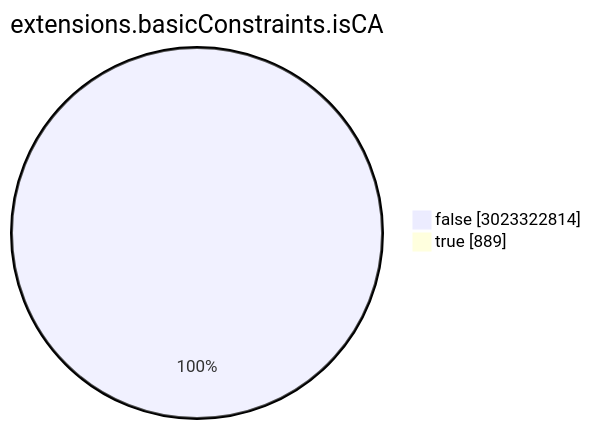
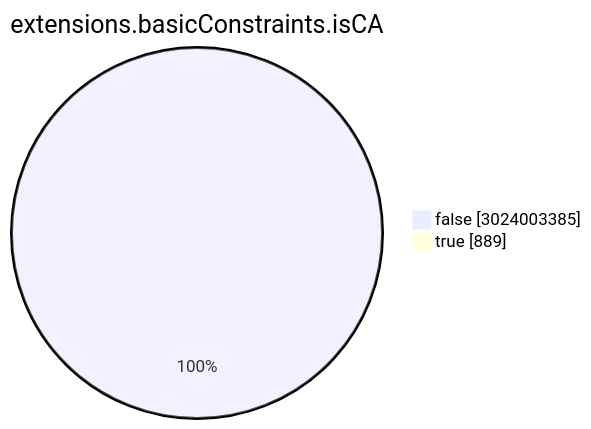
Before and after one commit to christiankrug/ctmonitor_visualization: the seventh of 15 diagrams in TOTAL/README.md, drawn with Mermaid. The commit also changed other lines of this file, not shown here.

````diff
--- a/TOTAL/README.md
+++ b/TOTAL/README.md
@@ -3087,6 +3087,6 @@
 ```mermaid
 pie showData
 title extensions.basicConstraints.isCA
-"false" :3023322814
+"false" :3024003385
 "true" :889
 ```
````
